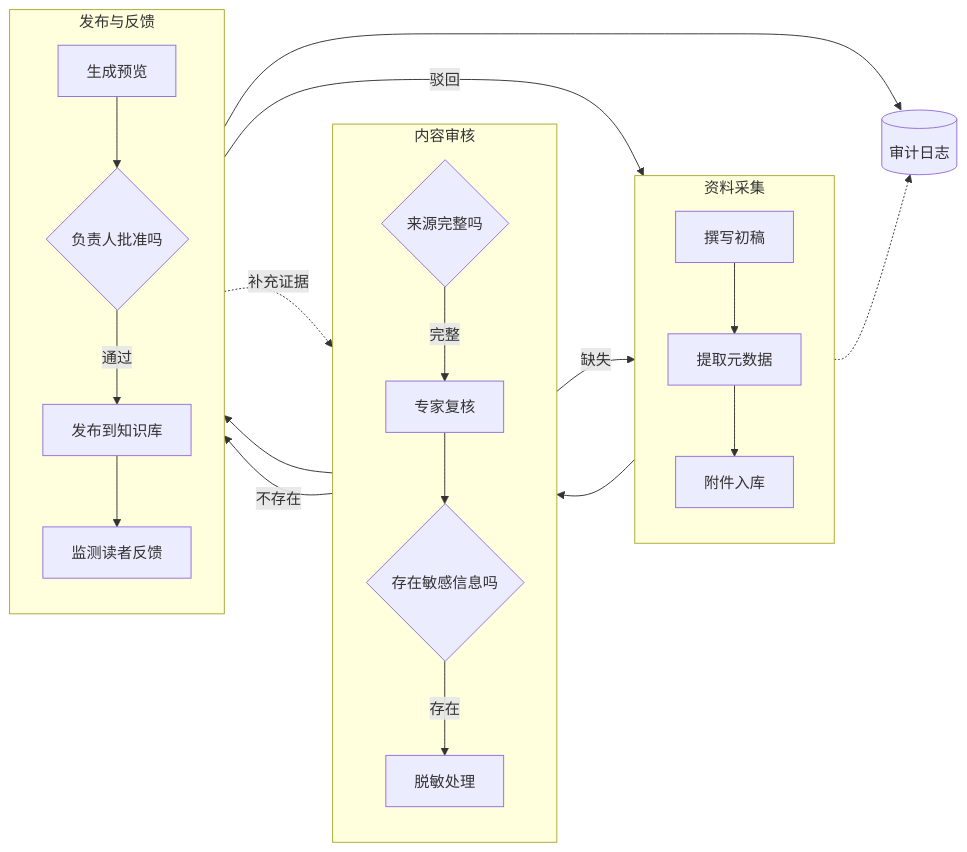
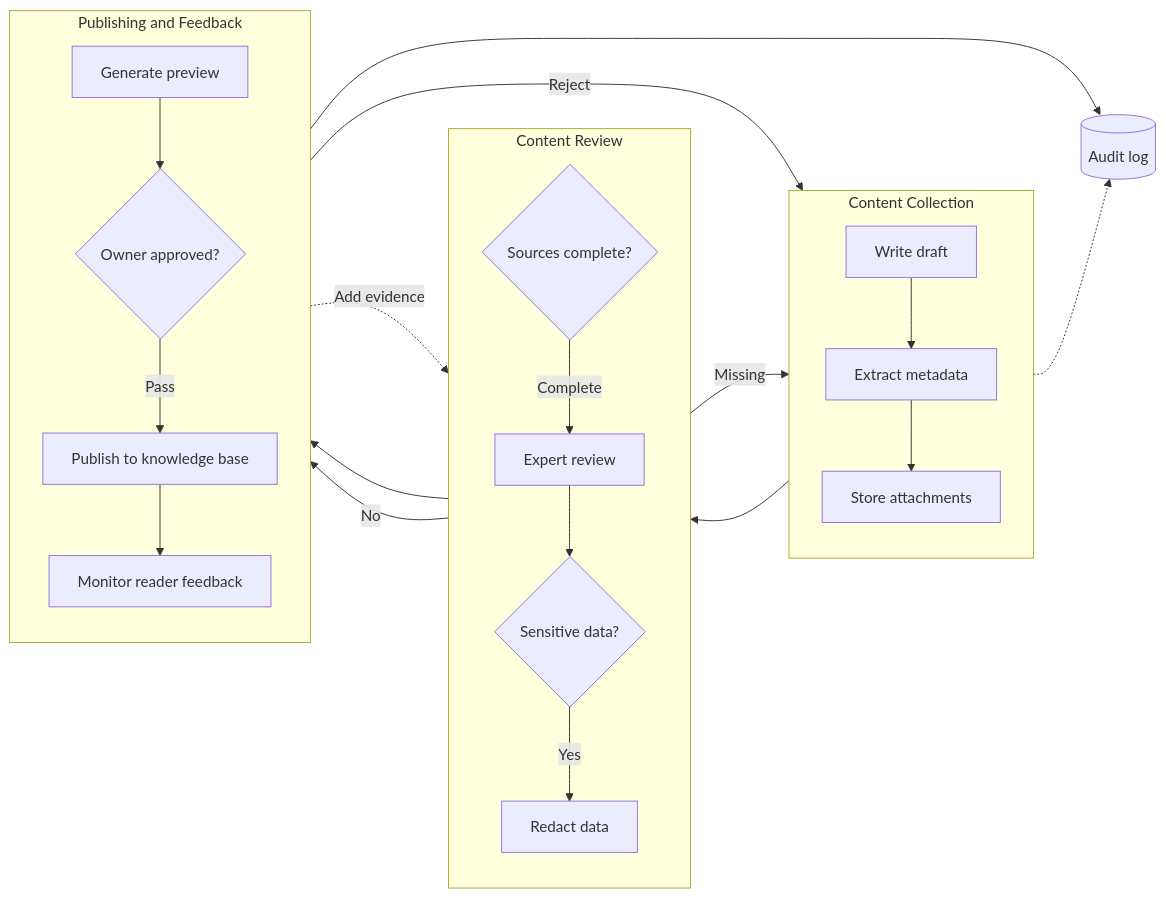
The fifth of 50 diagrams in docs/examples/mermaid-pele-theme-gallery.md (wizlijun/note.md), drawn with Mermaid before and after one commit. The commit also changed other lines of this file, not shown here.

Commit message:
docs: make diagram gallery English and image focused

````diff
--- a/docs/examples/mermaid-pele-theme-gallery.md
+++ b/docs/examples/mermaid-pele-theme-gallery.md
@@ -486,30 +317,30 @@
 ```mermaid
 flowchart LR
-  subgraph Collect[资料采集]
+  subgraph Collect[Content Collection]
     direction TB
-    Draft[撰写初稿] --> Parse[提取元数据]
-    Parse --> Attach[附件入库]
+    Draft[Write draft] --> Parse[Extract metadata]
+    Parse --> Attach[Store attachments]
   end
-  subgraph Review[内容审核]
+  subgraph Review[Content Review]
     direction TB
-    Check{来源完整吗}
-    Expert[专家复核]
-    Risk{存在敏感信息吗}
-    Redact[脱敏处理]
+    Check{Sources complete?}
+    Expert[Expert review]
+    Risk{Sensitive data?}
+    Redact[Redact data]
   end
-  subgraph Publish[发布与反馈]
+  subgraph Publish[Publishing and Feedback]
     direction TB
-    Preview[生成预览] --> Approve{负责人批准吗}
-    Approve -->|通过| Online[发布到知识库]
-    Online --> Observe[监测读者反馈]
+    Preview[Generate preview] --> Approve{Owner approved?}
+    Approve -->|Pass| Online[Publish to knowledge base]
+    Online --> Observe[Monitor reader feedback]
   end
   Attach --> Check
-  Check -->|完整| Expert --> Risk
-  Check -->|缺失| Draft
-  Risk -->|存在| Redact --> Preview
-  Risk -->|不存在| Preview
-  Approve -->|驳回| Draft
-  Observe -.->|补充证据| Expert
-  Parse -.-> Audit[(审计日志)]
+  Check -->|Complete| Expert --> Risk
+  Check -->|Missing| Draft
+  Risk -->|Yes| Redact --> Preview
+  Risk -->|No| Preview
+  Approve -->|Reject| Draft
+  Observe -.->|Add evidence| Expert
+  Parse -.-> Audit[(Audit log)]
   Online --> Audit
 ```
````
